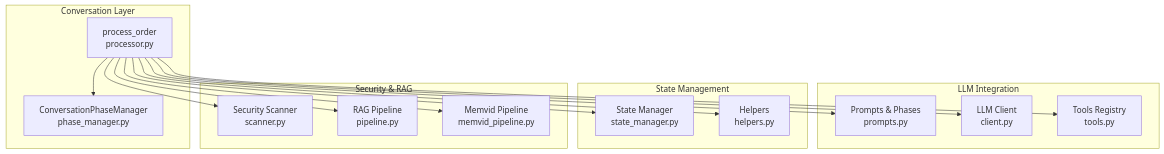
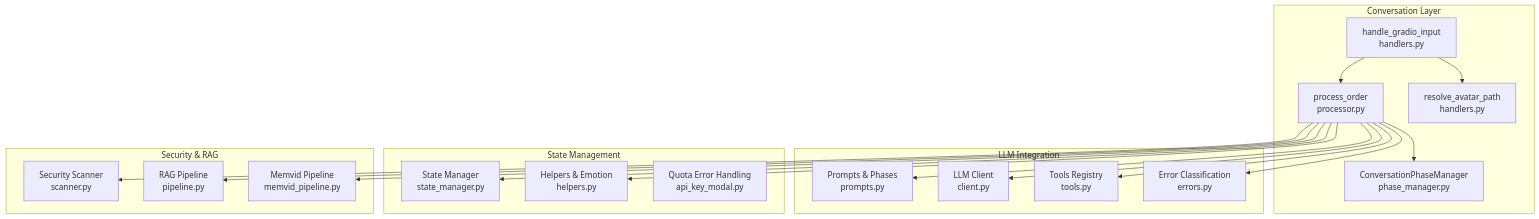
The first of 14 diagrams in .qoder/repowiki/en/content/Conversation Processing System/Conversation Processing System.md (MOK-5-ha/MayaMCP), drawn with Mermaid before and after one commit. The commit also changed other lines of this file and 27 other files, not shown here.

````diff
--- a/.qoder/repowiki/en/content/Conversation Processing System/Conversation Processing System.md
+++ b/.qoder/repowiki/en/content/Conversation Processing System/Conversation Processing System.md
@@ -45,30 +57,36 @@
 ```mermaid
 graph TB
 subgraph "Conversation Layer"
 PM["ConversationPhaseManager<br/>phase_manager.py"]
 PROC["process_order<br/>processor.py"]
+ENDPOINT["handle_gradio_input<br/>handlers.py"]
+ENDPOINT --> PROC
+ENDPOINT --> AVATAR["resolve_avatar_path<br/>handlers.py"]
 end
 subgraph "LLM Integration"
 PROMPT["Prompts & Phases<br/>prompts.py"]
 CLIENT["LLM Client<br/>client.py"]
 TOOLS["Tools Registry<br/>tools.py"]
+ERR["Error Classification<br/>errors.py"]
 end
 subgraph "State Management"
 SM["State Manager<br/>state_manager.py"]
-HELPERS["Helpers<br/>helpers.py"]
+HELPERS["Helpers & Emotion<br/>helpers.py"]
+QUOTA["Quota Error Handling<br/>api_key_modal.py"]
 end
 subgraph "Security & RAG"
 SEC["Security Scanner<br/>scanner.py"]
 RAG["RAG Pipeline<br/>pipeline.py"]
 MEMVID["Memvid Pipeline<br/>memvid_pipeline.py"]
 end
 PROC --> PM
 PROC --> PROMPT
 PROC --> CLIENT
 PROC --> TOOLS
 PROC --> SM
 PROC --> HELPERS
 PROC --> SEC
 PROC --> RAG
 PROC --> MEMVID
+PROC --> ERR
 ```
````
